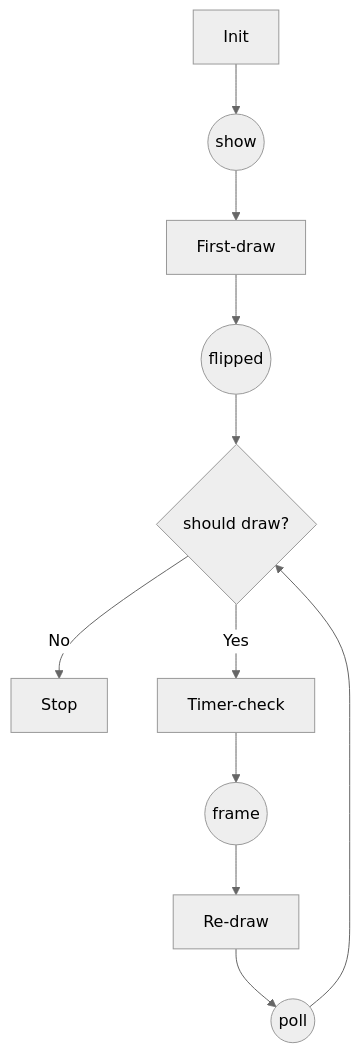
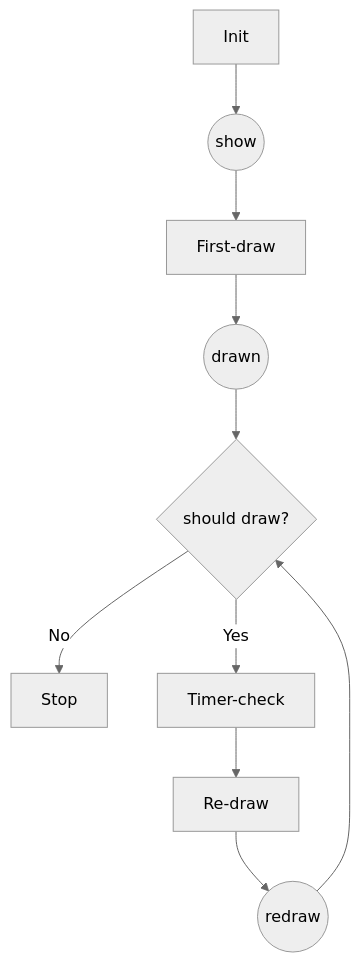
One commit to bluebonesx/psychopy-scene changed the diagram in README.md. Above: the diagram before and after it, drawn with Mermaid (neutral theme). The commit also changed other lines of this file and 7 other files, not shown here.

````diff
--- a/README.md
+++ b/README.md
@@ -177,6 +200,6 @@
 ```mermaid
 graph TD
-Init --> s((show)) --> First-draw --> f((flipped)) --> c{should draw?}
+Init --> s((show)) --> First-draw --> d((drawn)) --> c{should draw?}
 c -->|No| Stop
-c -->|Yes| Timer-check --> a((frame)) --> Re-draw --> p((poll)) --> c
+c -->|Yes| Timer-check --> Re-draw --> r((redraw)) --> c
 ```
````
